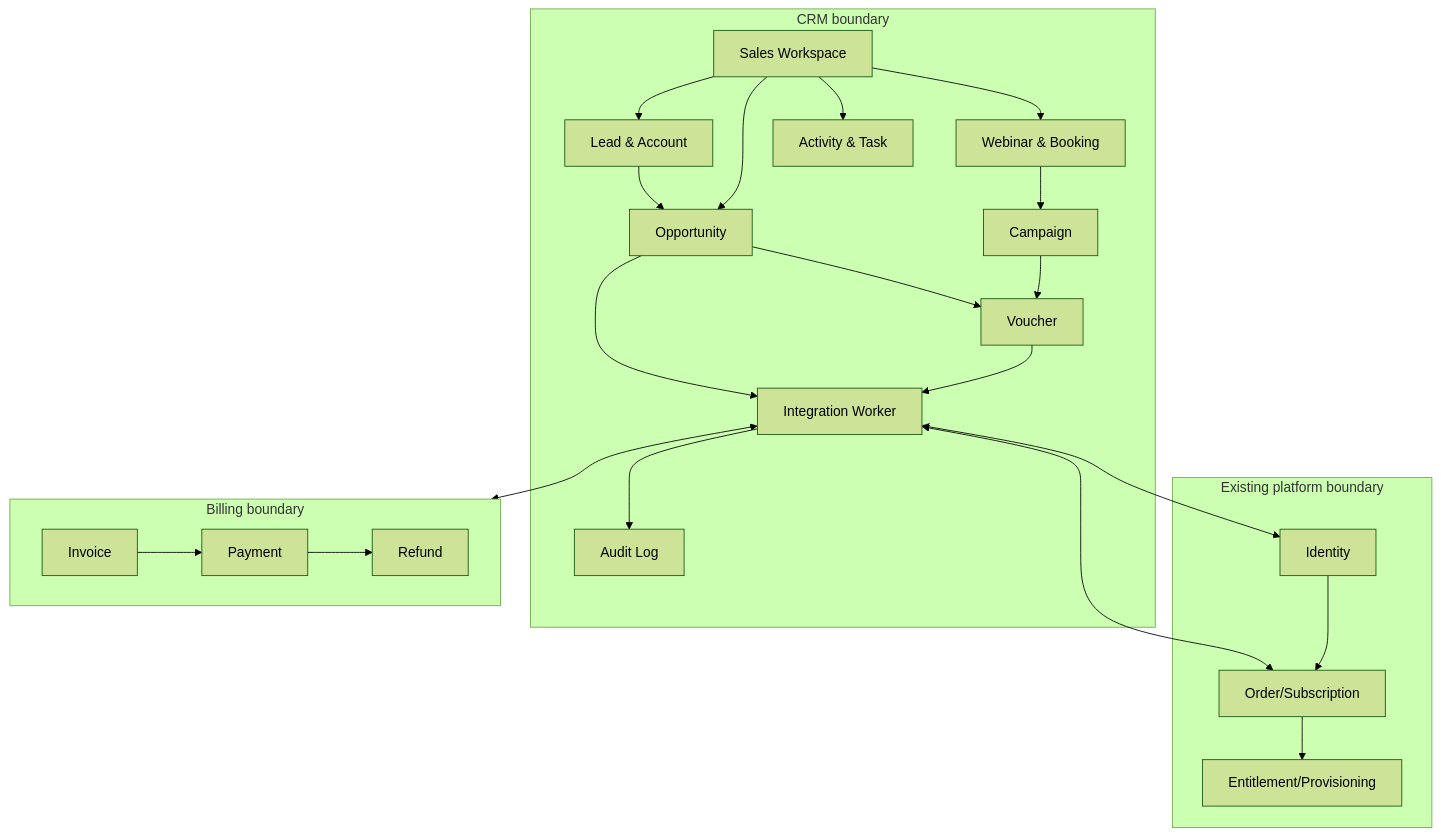
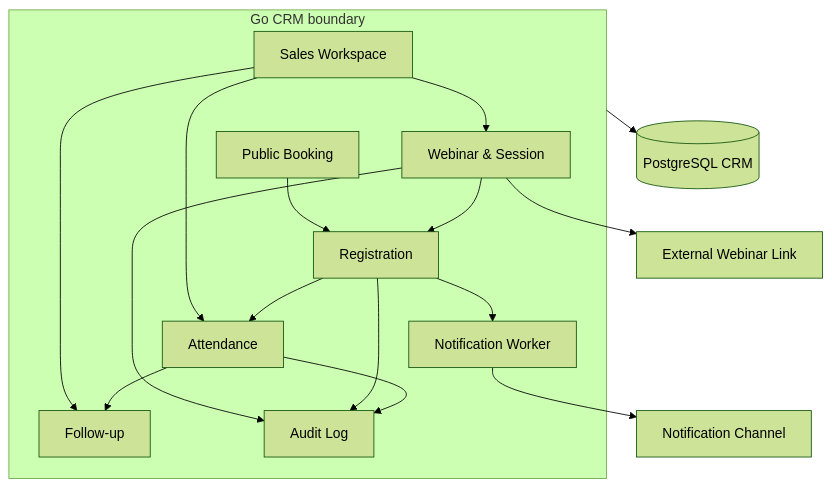
One commit to izestylusx/crm-sales-webinar-voucher changed the second of 2 diagrams in site/downloads/docs/01-architecture-vision.md. Above: the diagram before and after it, drawn with Mermaid (forest theme). The commit also changed other lines of this file and 50 other files, not shown here.

````diff
--- a/site/downloads/docs/01-architecture-vision.md
+++ b/site/downloads/docs/01-architecture-vision.md
@@ -100,40 +80,27 @@
 ```mermaid
 flowchart TB
-    subgraph CRM[CRM boundary]
+    subgraph CRM[Go CRM boundary]
       UI[Sales Workspace]
-      LEAD[Lead & Account]
-      WEB[Webinar & Booking]
-      CAM[Campaign]
-      VCH[Voucher]
-      OPP[Opportunity]
-      ACT[Activity & Task]
-      INT[Integration Worker]
+      PUB[Public Booking]
+      WEB[Webinar & Session]
+      REG[Registration]
+      ATT[Attendance]
+      FUP[Follow-up]
+      JOB[Notification Worker]
       AUD[Audit Log]
-      UI --> LEAD
       UI --> WEB
-      UI --> OPP
-      UI --> ACT
-      WEB --> CAM
-      CAM --> VCH
-      OPP --> VCH
-      LEAD --> OPP
-      VCH --> INT
-      OPP --> INT
-      INT --> AUD
+      UI --> ATT
+      UI --> FUP
+      PUB --> REG
+      WEB --> REG
+      REG --> ATT
+      REG --> JOB
+      ATT --> FUP
+      WEB --> AUD
+      REG --> AUD
+      ATT --> AUD
     end
-    subgraph EXISTING[Existing platform boundary]
-      ID[Identity]
-      ORD[Order/Subscription]
-      ENT[Entitlement/Provisioning]
-      ID --> ORD --> ENT
-    end
-    subgraph BILL[Billing boundary]
-      INV[Invoice]
-      PAY[Payment]
-      REF[Refund]
-      INV --> PAY --> REF
-    end
-    INT <--> ID
-    INT <--> ORD
-    INT <--> BILL
+    CRM --> DB[(PostgreSQL CRM)]
+    JOB --> CH[Notification Channel]
+    WEB --> PROVIDER[External Webinar Link]
 ```
````
